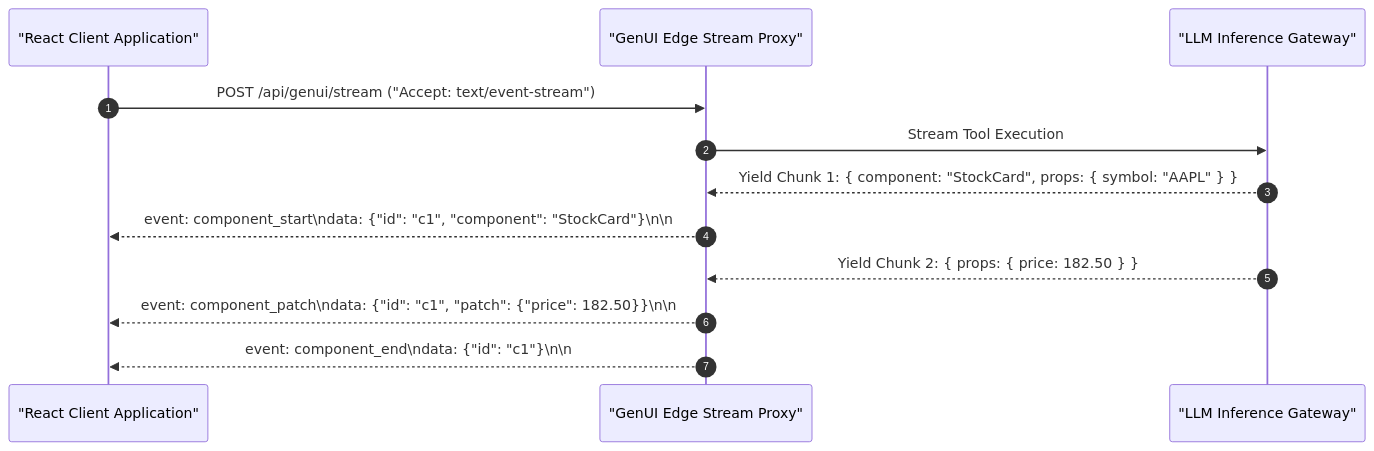
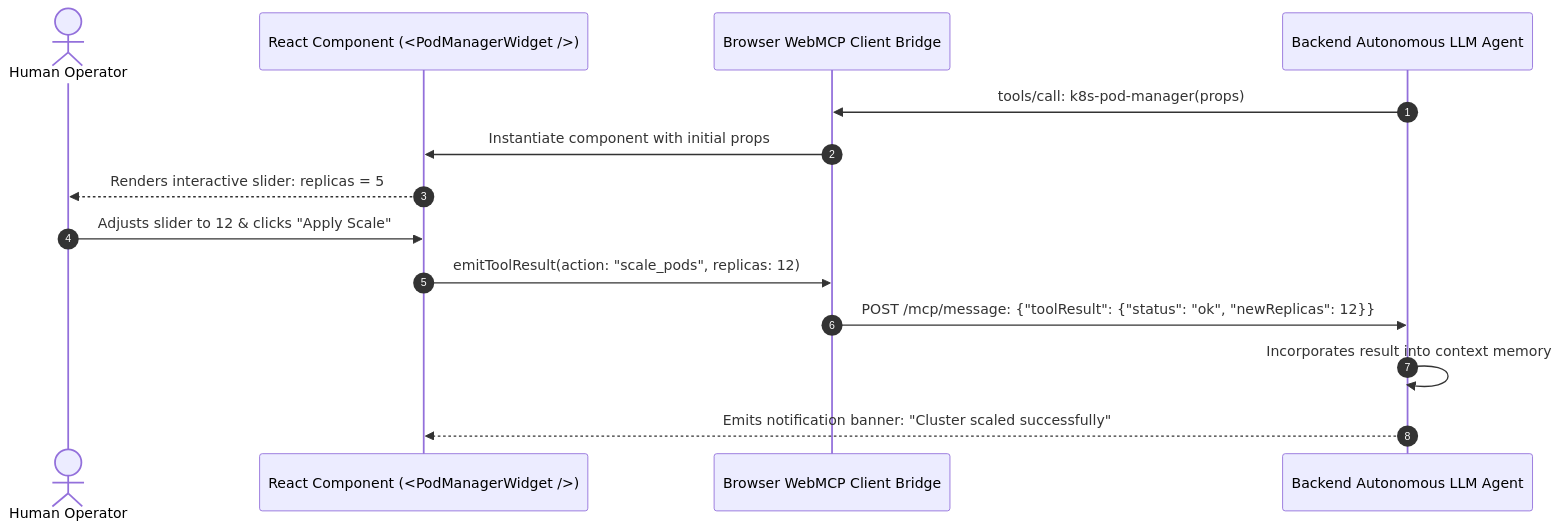
Before and after one commit to vesviet/vesviet: the third of 5 diagrams in content/series/generative-ui-architecture/part-1-beyond-chatbots.md, drawn with Mermaid. The commit also changed other lines of this file and 28 other files, not shown here.

Commit message:
feat(content): upgrade generative-ui-architecture series to 2027 SOTA masterclass & publish deep research dossiers

````diff
--- a/content/series/generative-ui-architecture/part-1-beyond-chatbots.md
+++ b/content/series/generative-ui-architecture/part-1-beyond-chatbots.md
@@ -208,15 +180,17 @@
 ```mermaid
 sequenceDiagram
     autonumber
-    participant Client as "React Client Application"
-    participant Gateway as "GenUI Edge Stream Proxy"
-    participant LLM as "LLM Inference Gateway"
+    actor User as Human Operator
+    participant UI as React Component (<PodManagerWidget />)
+    participant WebMCP as Browser WebMCP Client Bridge
+    participant Agent as Backend Autonomous LLM Agent
 
-    Client->>Gateway: POST /api/genui/stream ("Accept: text/event-stream")
-    Gateway->>LLM: Stream Tool Execution
-    LLM-->>Gateway: Yield Chunk 1: { component: "StockCard", props: { symbol: "AAPL" } }
-    Gateway-->>Client: event: component_start\ndata: {"id": "c1", "component": "StockCard"}\n\n
-    LLM-->>Gateway: Yield Chunk 2: { props: { price: 182.50 } }
-    Gateway-->>Client: event: component_patch\ndata: {"id": "c1", "patch": {"price": 182.50}}\n\n
-    Gateway-->>Client: event: component_end\ndata: {"id": "c1"}\n\n
+    Agent->>WebMCP: tools/call: k8s-pod-manager(props)
+    WebMCP->>UI: Instantiate component with initial props
+    UI-->>User: Renders interactive slider: replicas = 5
+    User->>UI: Adjusts slider to 12 & clicks "Apply Scale"
+    UI->>WebMCP: emitToolResult(action: "scale_pods", replicas: 12)
+    WebMCP->>Agent: POST /mcp/message: {"toolResult": {"status": "ok", "newReplicas": 12}}
+    Agent->>Agent: Incorporates result into context memory
+    Agent-->>UI: Emits notification banner: "Cluster scaled successfully"
 ```
````
